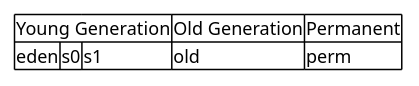
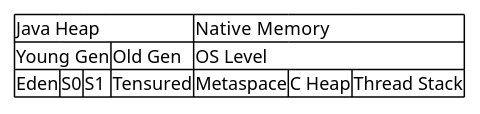
One commit to windowforsun/blog changed the diagram in plantuml/java/concept-jvm-garbagecollection-1.plantuml. Above: the diagram before and after it, drawn with PlantUML. The commit also changed 11 other files, not shown here.

```diff
--- a/plantuml/java/concept-jvm-garbagecollection-1.plantuml
+++ b/plantuml/java/concept-jvm-garbagecollection-1.plantuml
@@ -1,10 +1,9 @@
 @startsalt
-skinparam Fontsize 20
-
 {#
 
-Young Generation | *  | * | Old Generation | Permanent
-eden | s0 | s1| old | perm
+Java Heap | * | * | * | Native  Memory | * | *
+Young Gen | *  | *  | Old Gen | OS Level | * | *
+Eden | S0 | S1 | Tensured | Metaspace | C Heap | Thread Stack
 
 }
 @endsalt
```
